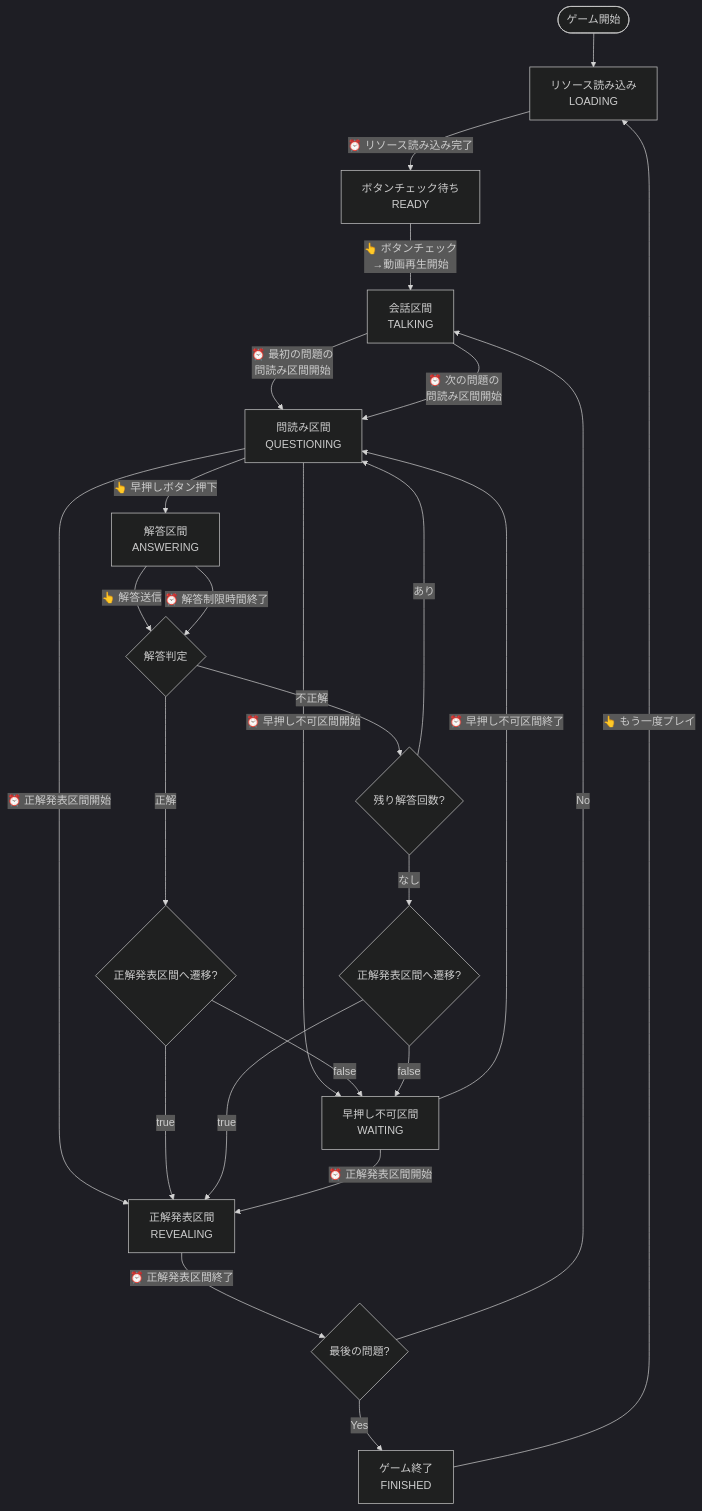
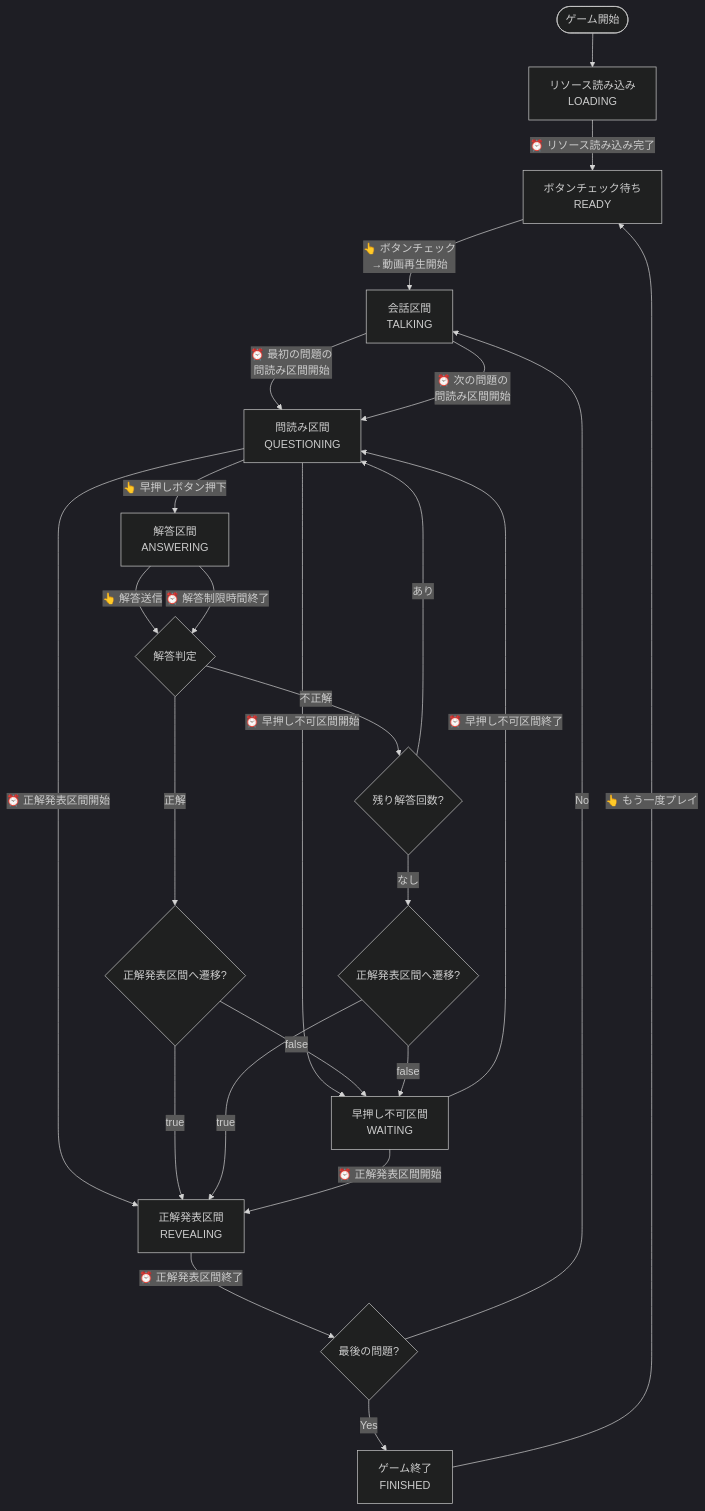
The second of 7 diagrams in docs/design.md (t-yokota/youtube-quiz-battle), drawn with Mermaid (dark theme) before and after one commit. The commit also changed other lines of this file and 2 other files, not shown here.

````diff
--- a/docs/design.md
+++ b/docs/design.md
@@ -205,37 +205,37 @@
 ```mermaid
 flowchart TD
   START([ゲーム開始]) --> LOADING[リソース読み込み<br>LOADING]
   LOADING --> |⏰ リソース読み込み完了| READY[ボタンチェック待ち<br>READY]
   READY --> |👆 ボタンチェック<br>→動画再生開始| TALKING[会話区間<br>TALKING]
   TALKING --> |⏰ 最初の問題の<br>問読み区間開始| QUESTIONING[問読み区間<br>QUESTIONING]
 
   QUESTIONING --> |👆 早押しボタン押下| ANSWERING[解答区間<br>ANSWERING]
   QUESTIONING --> |⏰ 早押し不可区間開始| WAITING[早押し不可区間<br>WAITING]
   QUESTIONING --> |⏰ 正解発表区間開始| REVEALING[正解発表区間<br>REVEALING]
 
   ANSWERING --> |👆 解答送信| JUDGE{解答判定}
   ANSWERING --> |⏰ 解答制限時間終了| JUDGE
 
   JUDGE --> |正解| CORRECT_JUMP{正解発表区間へ遷移?}
   JUDGE --> |不正解| INCORRECT_CHECK{残り解答回数?}
 
   CORRECT_JUMP --> |true| REVEALING
   CORRECT_JUMP --> |false| WAITING
 
   INCORRECT_CHECK --> |あり| QUESTIONING
   INCORRECT_CHECK --> |なし| INCORRECT_JUMP{正解発表区間へ遷移?}
   INCORRECT_JUMP --> |true| REVEALING
   INCORRECT_JUMP --> |false| WAITING
 
   WAITING --> |⏰ 早押し不可区間終了| QUESTIONING
   WAITING --> |⏰ 正解発表区間開始| REVEALING
 
   REVEALING --> |⏰ 正解発表区間終了| LAST_CHECK{最後の問題?}
 
   LAST_CHECK --> |No| TALKING[会話区間<br>TALKING]
   LAST_CHECK --> |Yes| FINISHED[ゲーム終了<br>FINISHED]
 
   TALKING --> |⏰ 次の問題の<br>問読み区間開始| QUESTIONING
 
-  FINISHED --> |👆 もう一度プレイ| LOADING
+  FINISHED --> |👆 もう一度プレイ| READY
 ```
````
